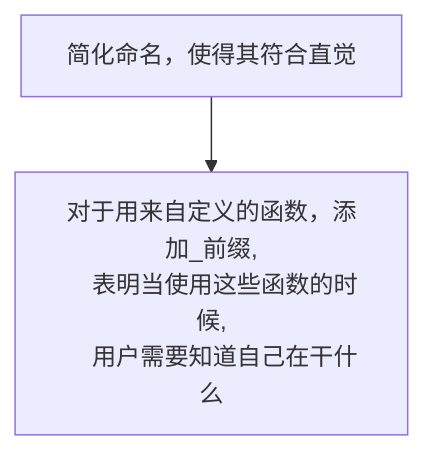
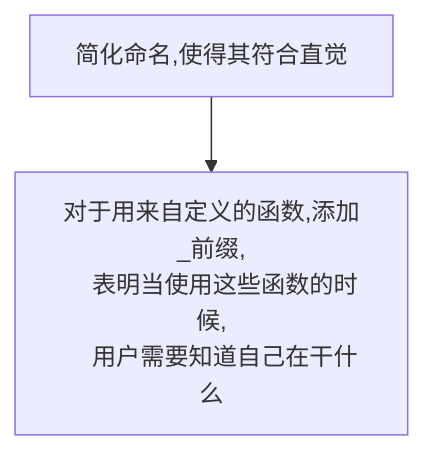
One commit to MaaBlock/FCT changed the second of 4 diagrams in TODO.md. Above: the diagram before and after it, drawn with Mermaid. The commit also changed other lines of this file and 16 other files, not shown here.

````diff
--- a/TODO.md
+++ b/TODO.md
@@ -45,8 +45,8 @@
 ```mermaid
 graph TD
-    1[简化命名，使得其符合直觉]
-    2[对于用来自定义的函数，添加_前缀,
+    1[简化命名,使得其符合直觉]
+    2[对于用来自定义的函数,添加_前缀,
     表明当使用这些函数的时候,
     用户需要知道自己在干什么]
     1-->2
 ```
````
